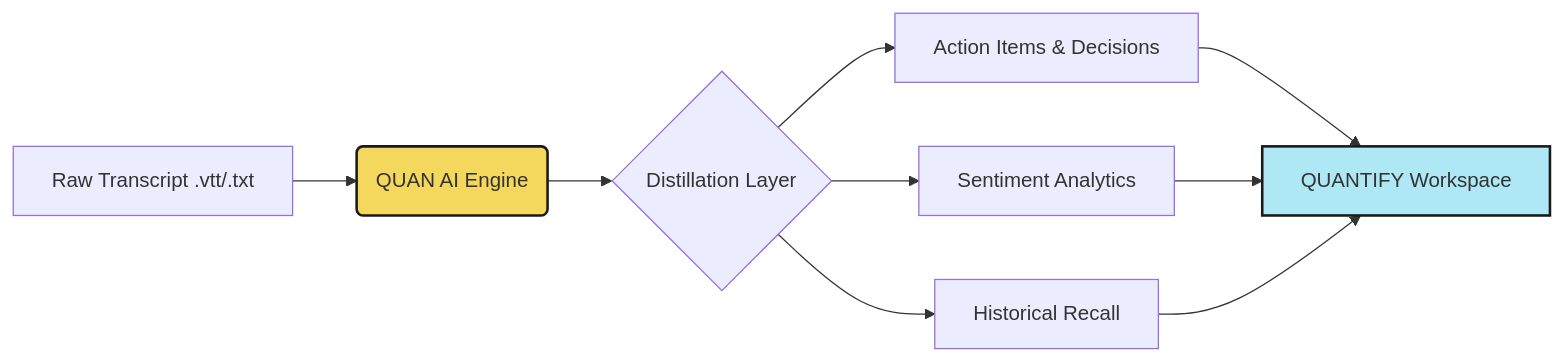
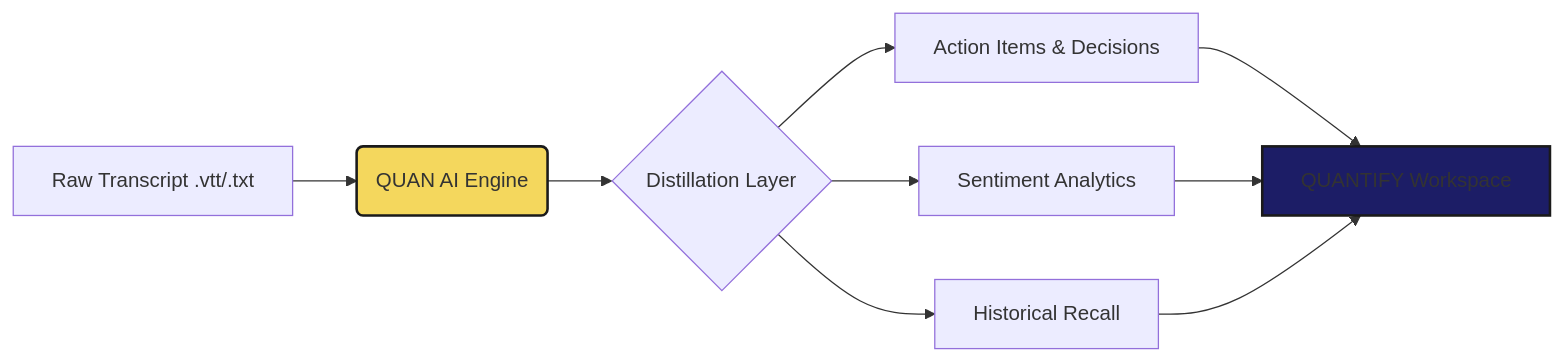
The diagram in README.md (alexmathews03/quantify-meeting-intelligence-hub), drawn with Mermaid before and after one commit.

````diff
--- a/README.md
+++ b/README.md
@@ -24,11 +24,11 @@
 ```mermaid
 graph LR
     Input[Raw Transcript .vtt/.txt] --> Engine(QUAN AI Engine)
     Engine --> Logic{Distillation Layer}
     Logic --> Items[Action Items & Decisions]
     Logic --> Sentiment[Sentiment Analytics]
     Logic --> Context[Historical Recall]
     Items & Sentiment & Context --> Workspace[QUANTIFY Workspace]
     style Engine fill:#f4d75d,stroke:#1a1a1a,stroke-width:2px
-    style Workspace fill:#ade8f4,stroke:#1a1a1a,stroke-width:2px
+    style Workspace fill:#1c1d66,stroke:#1a1a1a,stroke-width:2px
 ```
````
